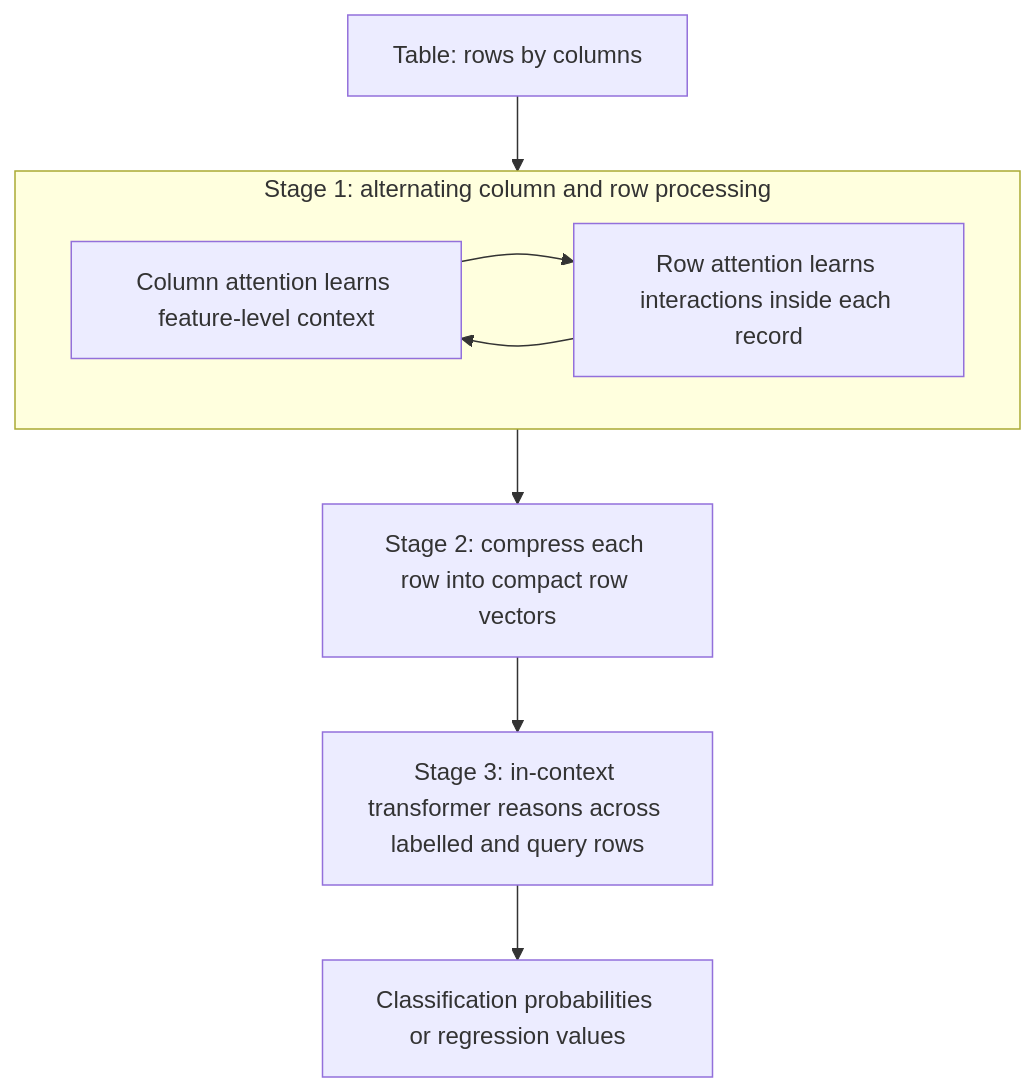
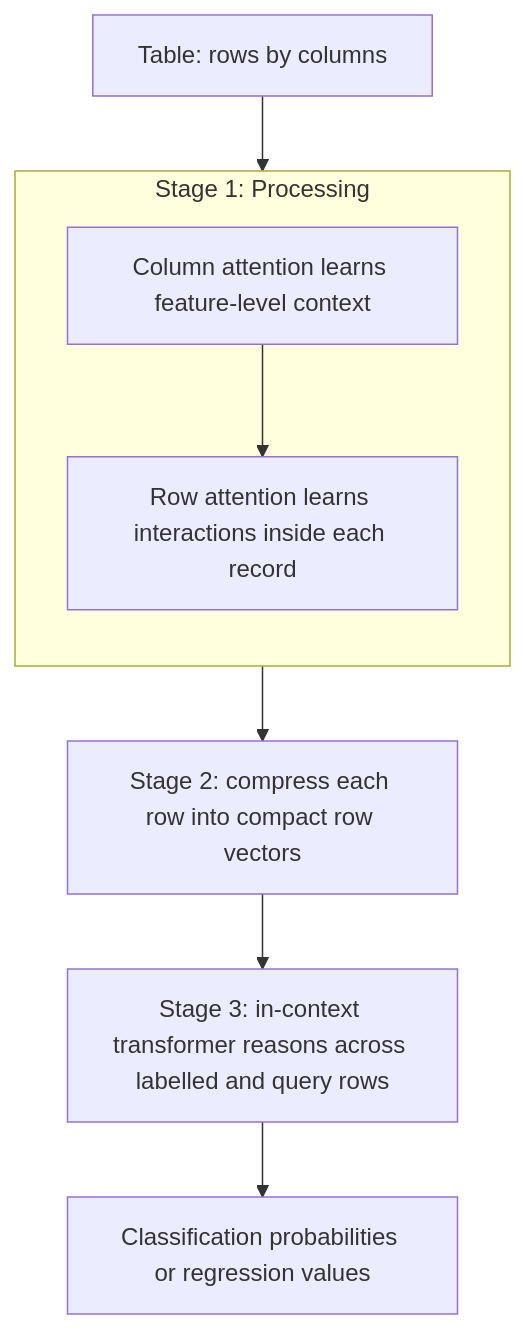
The third of 12 diagrams in AI-ML/Tabular-ML/Google-TabFM-July-2026.md (rsrini7/Learnings), drawn with Mermaid before and after one commit. The commit also changed 7 other files, not shown here.

First line of the commit message:
docs: update mermaid flowcharts in documentation

````diff
--- a/AI-ML/Tabular-ML/Google-TabFM-July-2026.md
+++ b/AI-ML/Tabular-ML/Google-TabFM-July-2026.md
@@ -151,15 +151,15 @@
 ```mermaid
 flowchart TD
-    T[Table: rows by columns] --> A
+    T[Table: rows by columns] --> C
 
-    subgraph A[Stage 1: alternating column and row processing]
+    subgraph Stage1["Stage 1: Processing"]
+        direction TB
         C[Column attention learns feature-level context]
         R[Row attention learns interactions inside each record]
         C --> R
-        R --> C
     end
 
-    A --> B[Stage 2: compress each row into compact row vectors]
+    R --> B[Stage 2: compress each row into compact row vectors]
     B --> D[Stage 3: in-context transformer reasons across labelled and query rows]
     D --> O[Classification probabilities or regression values]
 ```
````
